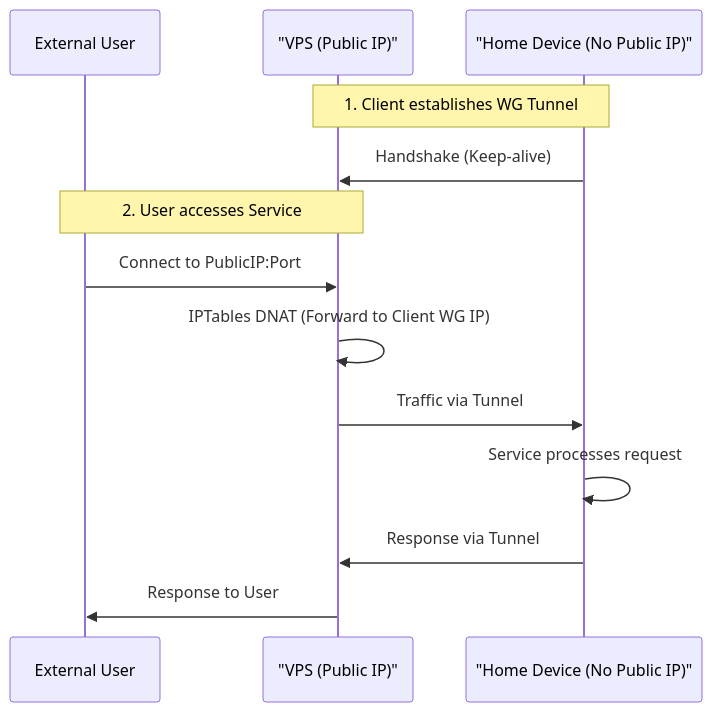
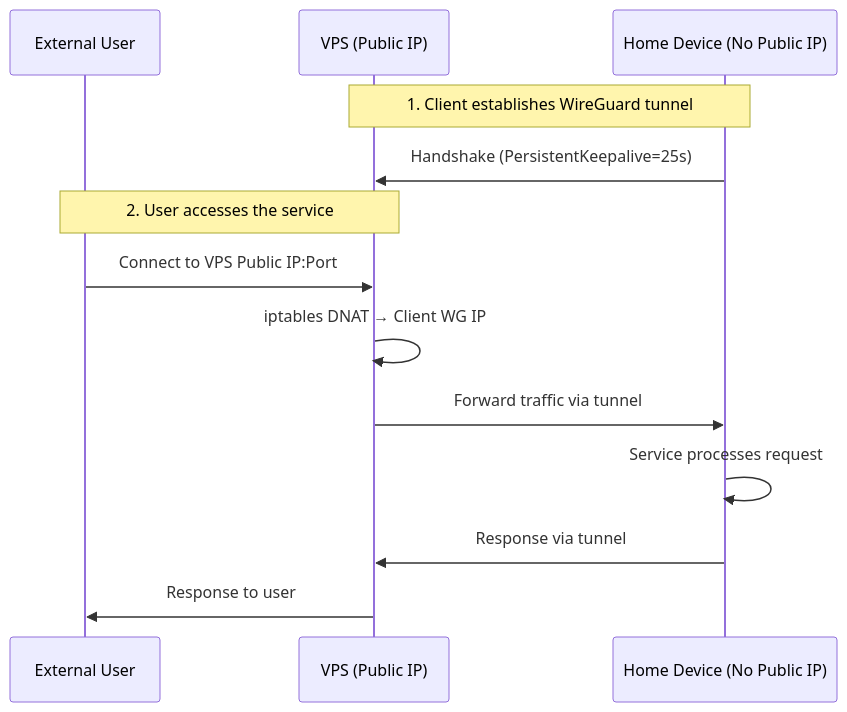
One commit to nooblk-98/portbridge changed the second of 2 diagrams in README.md. Above: the diagram before and after it, drawn with Mermaid. The commit also changed other lines of this file and 2 other files, not shown here.

````diff
--- a/README.md
+++ b/README.md
@@ -58,17 +42,17 @@
 ```mermaid
 sequenceDiagram
     participant User as External User
-    participant Server as "VPS (Public IP)"
-    participant Client as "Home Device (No Public IP)"
-    
-    Note over Client, Server: 1. Client establishes WG Tunnel
-    Client->>Server: Handshake (Keep-alive)
-    
-    Note over User, Server: 2. User accesses Service
-    User->>Server: Connect to PublicIP:Port
-    Server->>Server: IPTables DNAT (Forward to Client WG IP)
-    Server->>Client: Traffic via Tunnel
+    participant Server as VPS (Public IP)
+    participant Client as Home Device (No Public IP)
+
+    Note over Client, Server: 1. Client establishes WireGuard tunnel
+    Client->>Server: Handshake (PersistentKeepalive=25s)
+
+    Note over User, Server: 2. User accesses the service
+    User->>Server: Connect to VPS Public IP:Port
+    Server->>Server: iptables DNAT → Client WG IP
+    Server->>Client: Forward traffic via tunnel
     Client->>Client: Service processes request
-    Client->>Server: Response via Tunnel
-    Server->>User: Response to User
+    Client->>Server: Response via tunnel
+    Server->>User: Response to user
 ```
````
